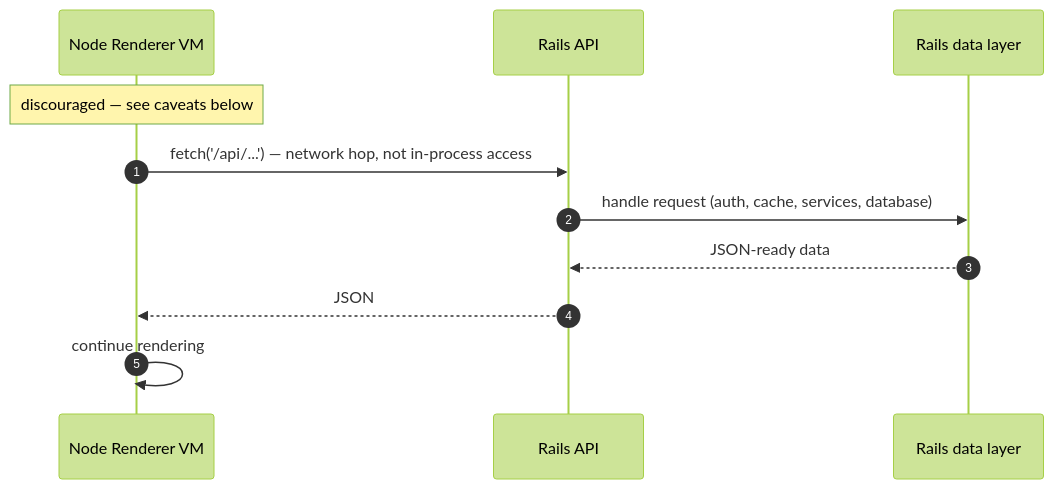
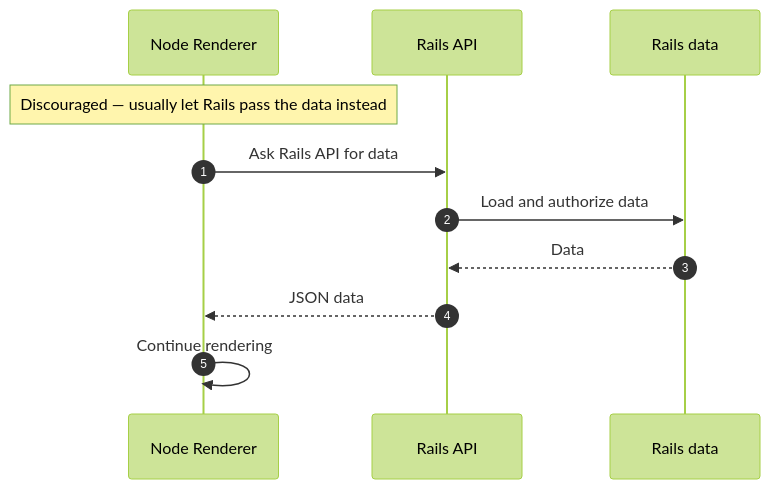
The third of 3 diagrams in docs/pro/streaming-ssr.md (shakacode/react_on_rails), drawn with Mermaid (forest theme) before and after one commit. The commit also changed other lines of this file and 2 other files, not shown here.

Commit message:
Clarify Node renderer diagrams

````diff
--- a/docs/pro/streaming-ssr.md
+++ b/docs/pro/streaming-ssr.md
@@ -102,13 +94,13 @@
 ```mermaid
 sequenceDiagram
     autonumber
-    participant Renderer as Node Renderer VM
+    participant Renderer as Node Renderer
     participant Rails as Rails API
-    participant Data as Rails data layer
-    Note over Renderer: discouraged — see caveats below
-    Renderer->>Rails: fetch('/api/...') — network hop, not in-process access
-    Rails->>Data: handle request (auth, cache, services, database)
-    Data-->>Rails: JSON-ready data
-    Rails-->>Renderer: JSON
-    Renderer->>Renderer: continue rendering
+    participant Data as Rails data
+    Note over Renderer: Discouraged — usually let Rails pass the data instead
+    Renderer->>Rails: Ask Rails API for data
+    Rails->>Data: Load and authorize data
+    Data-->>Rails: Data
+    Rails-->>Renderer: JSON data
+    Renderer->>Renderer: Continue rendering
 ```
````
